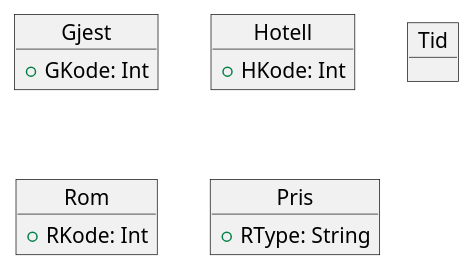
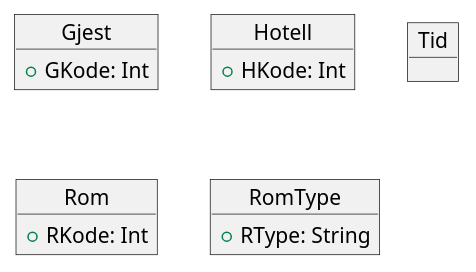
Before and after one commit to Vatnar/UIAOBSIDIAN: the first of 2 diagrams in 25V/IKT105 Datamodellering og Databaser/Jan/01.29 Datamodellering.md, drawn with PlantUML. The commit also changed other lines of this file, not shown here.

````diff
--- a/25V/IKT105 Datamodellering og Databaser/Jan/01.29 Datamodellering.md
+++ b/25V/IKT105 Datamodellering og Databaser/Jan/01.29 Datamodellering.md
@@ -11,22 +11,23 @@
 ```plantuml
 @startuml
 
 object Gjest {
   +GKode: Int
 }
 
 object Hotell {
   +HKode: Int
 }
 object Tid{
 
 }
 
 object Rom {
   +RKode: Int
 }
-object Pris {
+object RomType {
 +RType: String
 }
+
 @enduml
 ```
````
